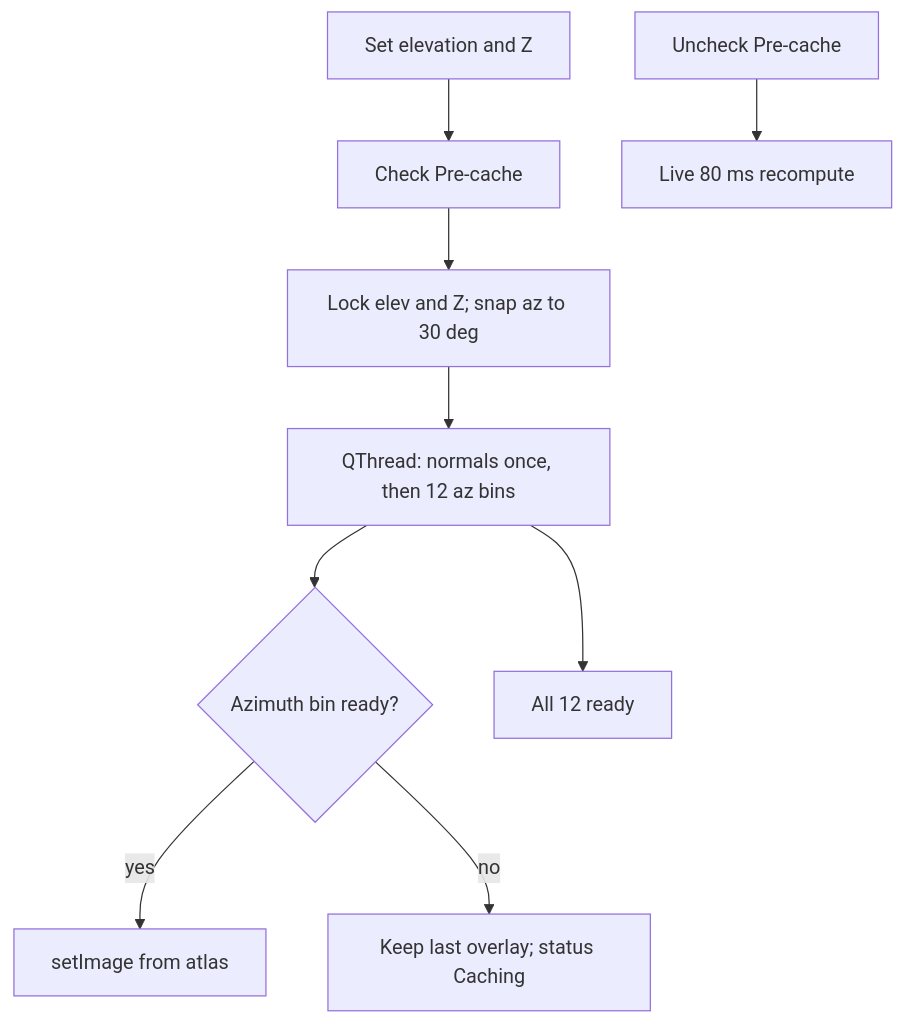
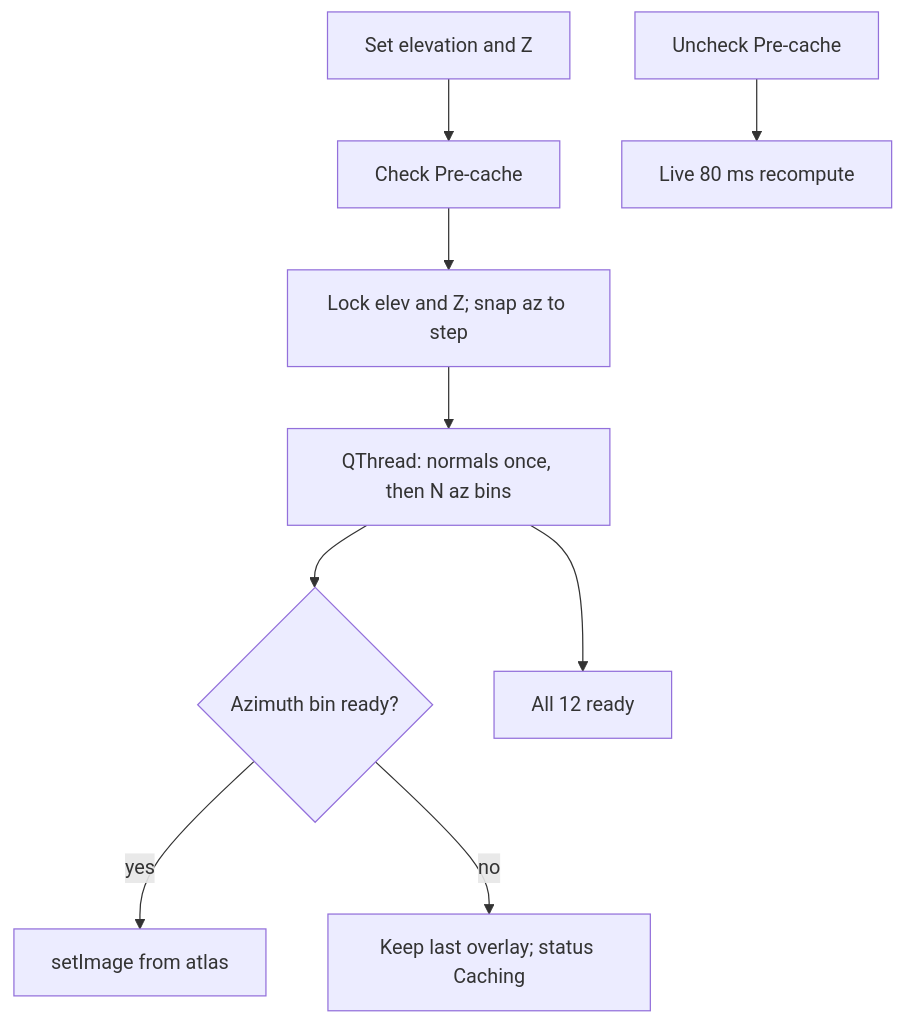
Before and after one commit to PiMaV/BLITZ: the third of 3 diagrams in docs/architecture.md, drawn with Mermaid. The commit also changed other lines of this file and 10 other files, not shown here.

````diff
--- a/docs/architecture.md
+++ b/docs/architecture.md
@@ -74,11 +77,11 @@
 ```mermaid
 flowchart TD
   setup["Set elevation and Z"] --> freeze["Check Pre-cache"]
-  freeze --> lock["Lock elev and Z; snap az to 30 deg"]
-  lock --> worker["QThread: normals once, then 12 az bins"]
+  freeze --> lock["Lock elev and Z; snap az to step"]
+  lock --> worker["QThread: normals once, then N az bins"]
   worker --> hit{"Azimuth bin ready?"}
   hit -->|yes| swap["setImage from atlas"]
   hit -->|no| wait["Keep last overlay; status Caching"]
   worker --> done["All 12 ready"]
   uncheck["Uncheck Pre-cache"] --> live["Live 80 ms recompute"]
 ```
````
